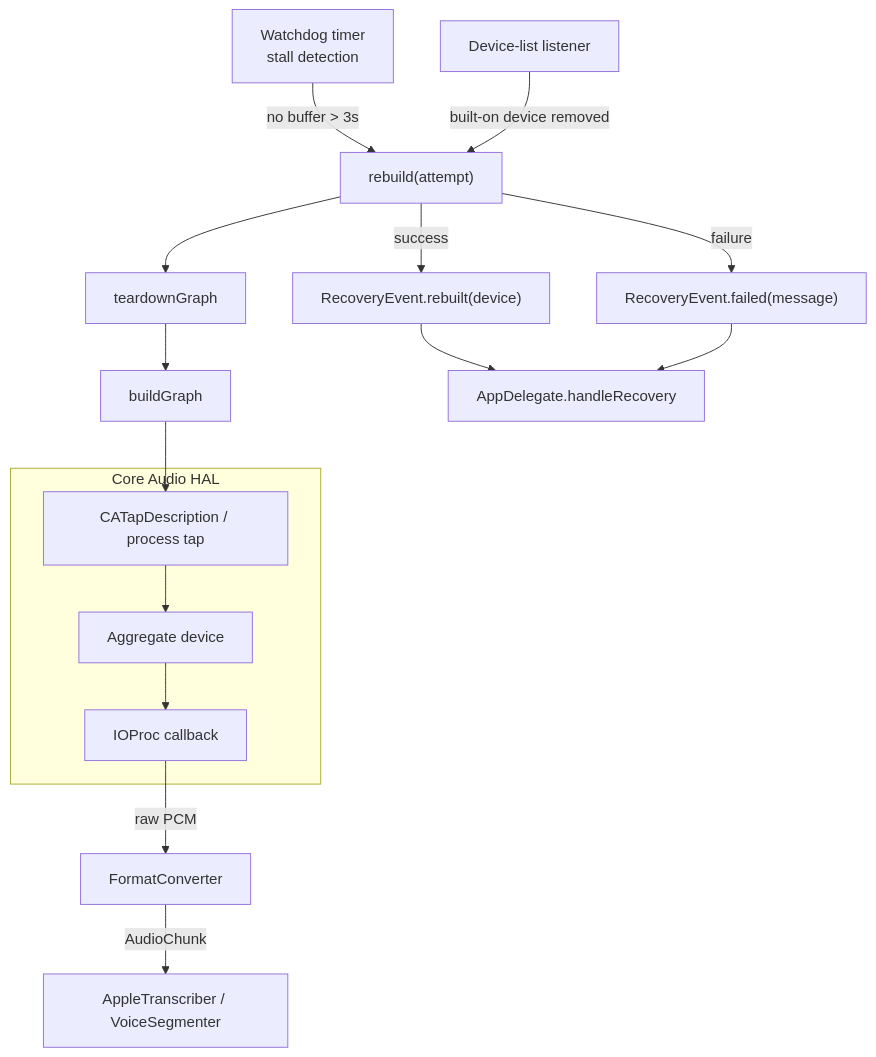
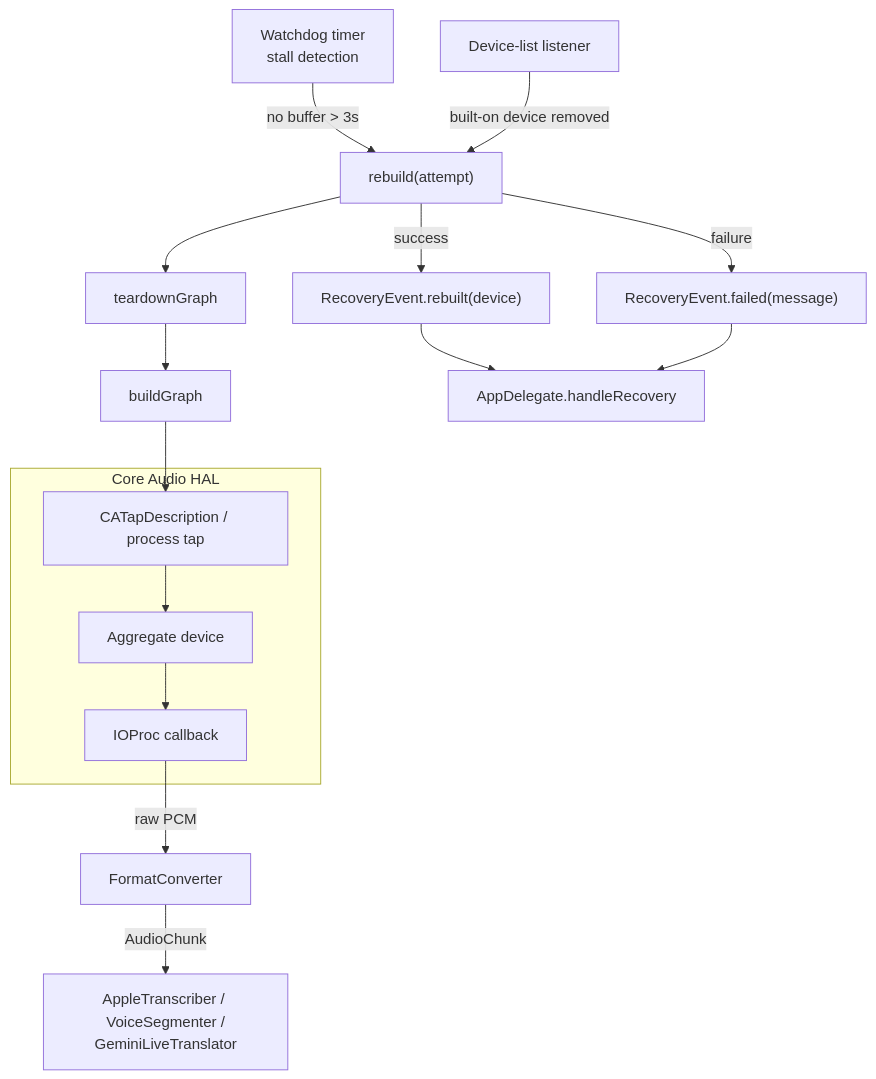
The eighth of 10 diagrams in docs/architecture.md (dautroc/tsuyaku), drawn with Mermaid before and after one commit. The commit also changed other lines of this file and 13 other files, not shown here.

````diff
--- a/docs/architecture.md
+++ b/docs/architecture.md
@@ -518,25 +589,25 @@
 ```mermaid
 flowchart TB
     subgraph CoreAudio["Core Audio HAL"]
         Tap["CATapDescription / process tap"]
         Aggregate["Aggregate device"]
         IOProc["IOProc callback"]
     end
 
     Tap --> Aggregate --> IOProc
     IOProc -->|raw PCM| Converter["FormatConverter"]
-    Converter -->|AudioChunk| Downstream["AppleTranscriber / VoiceSegmenter"]
+    Converter -->|AudioChunk| Downstream["AppleTranscriber / VoiceSegmenter /<br/>GeminiLiveTranslator"]
 
     Watchdog["Watchdog timer<br/>stall detection"] -->|no buffer > 3s| Rebuild
     DeviceListener["Device-list listener"] -->|built-on device removed| Rebuild
 
     Rebuild["rebuild(attempt)"] --> Teardown["teardownGraph"]
     Teardown --> Build["buildGraph"]
     Build --> Tap
 
     Rebuild -->|success| RecoveryEvent["RecoveryEvent.rebuilt(device)"]
     Rebuild -->|failure| Failure["RecoveryEvent.failed(message)"]
 
     RecoveryEvent --> AppDelegate["AppDelegate.handleRecovery"]
     Failure --> AppDelegate
 ```
````
